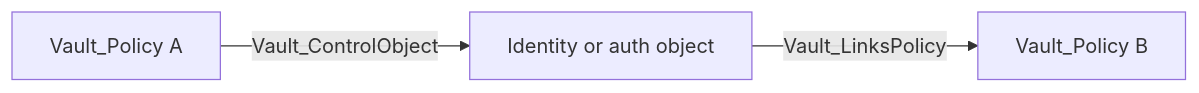
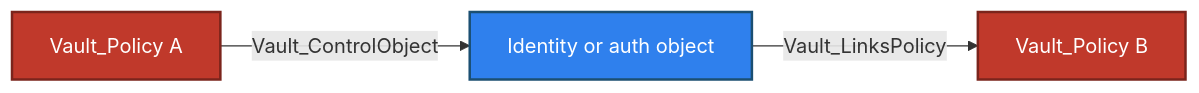
Before and after one commit to bytewreck/opengraph-vault: the fifth of 6 diagrams in Documentation/stores/POLICIES.md, drawn with Mermaid. The commit also changed other lines of this file and 4 other files, not shown here.

````diff
--- a/Documentation/stores/POLICIES.md
+++ b/Documentation/stores/POLICIES.md
@@ -94,5 +114,8 @@
 ```mermaid
 flowchart LR
-    policyA["Vault_Policy A"] -->|Vault_ControlObject| object["Identity or auth object"]
-    object -->|Vault_LinksPolicy| policyB["Vault_Policy B"]
+    policyA["Vault_Policy A"]:::policyNode -->|Vault_ControlObject| object["Identity or auth object"]:::identityNode
+    object -->|Vault_LinksPolicy| policyB["Vault_Policy B"]:::policyNode
+
+    classDef policyNode fill:#C0392B,color:#fff,stroke:#7B241C,stroke-width:2px
+    classDef identityNode fill:#2F80ED,color:#fff,stroke:#1B4F72,stroke-width:2px
 ```
````
